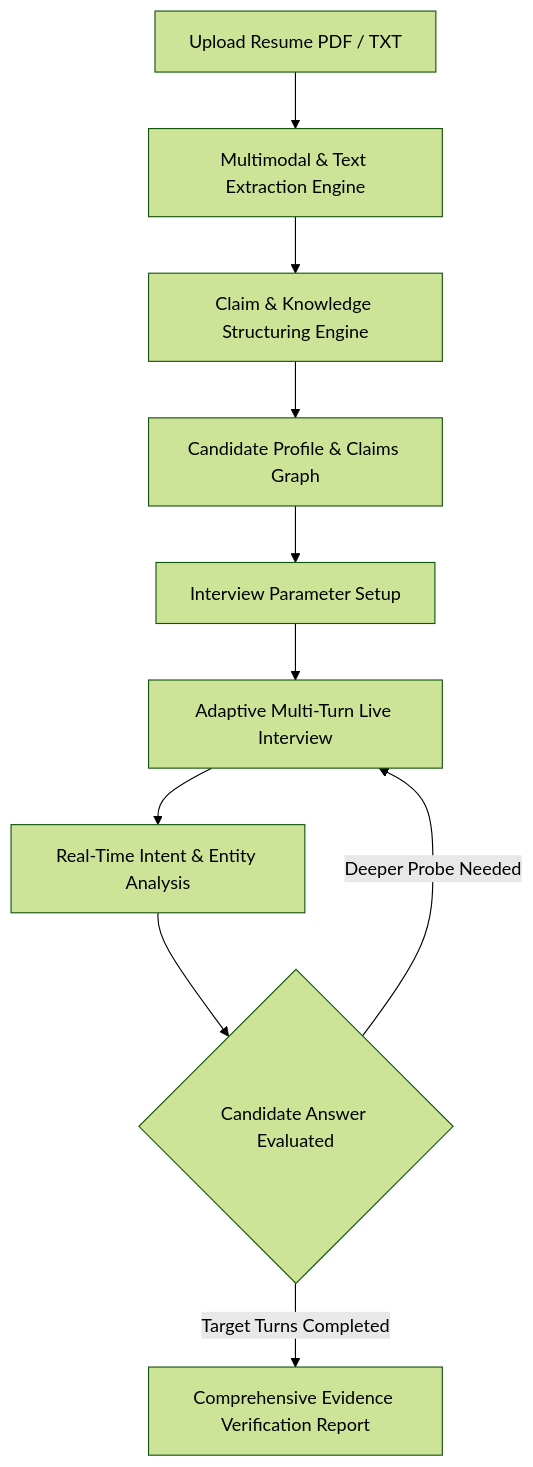
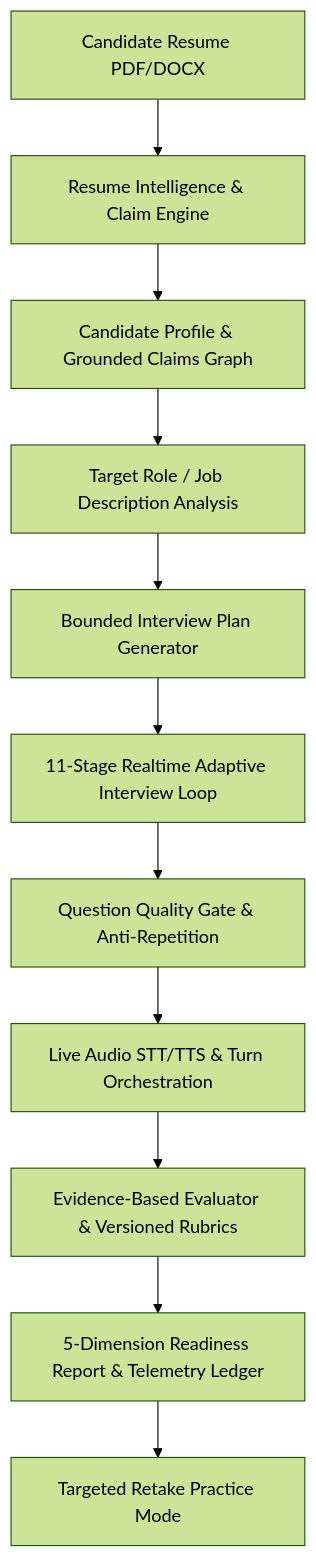
Before and after one commit to jijindas07-ux/fluffy-spoon: the first of 2 diagrams in PROJECT_DOCUMENTATION.md, drawn with Mermaid (forest theme). The commit also changed other lines of this file and 28 other files, not shown here.

Commit message:
feat: align with Alphagrew SRS (AG-AII-SRS-001) - 11-stage state machine, JD parser, OpenAPI v1, AI telemetry & quality gates

````diff
--- a/PROJECT_DOCUMENTATION.md
+++ b/PROJECT_DOCUMENTATION.md
@@ -14,12 +18,13 @@
 ```mermaid
 graph TD
-    A[Upload Resume PDF / TXT] --> B[Multimodal & Text Extraction Engine]
-    B --> C[Claim & Knowledge Structuring Engine]
-    C --> D[Candidate Profile & Claims Graph]
-    D --> E[Interview Parameter Setup]
-    E --> F[Adaptive Multi-Turn Live Interview]
-    F --> G[Real-Time Intent & Entity Analysis]
-    G --> H{Candidate Answer Evaluated}
-    H -->|Deeper Probe Needed| F
-    H -->|Target Turns Completed| I[Comprehensive Evidence Verification Report]
+    A[Candidate Resume PDF/DOCX] --> B[Resume Intelligence & Claim Engine]
+    B --> C[Candidate Profile & Grounded Claims Graph]
+    C --> D[Target Role / Job Description Analysis]
+    D --> E[Bounded Interview Plan Generator]
+    E --> F[11-Stage Realtime Adaptive Interview Loop]
+    F --> G[Question Quality Gate & Anti-Repetition]
+    G --> H[Live Audio STT/TTS & Turn Orchestration]
+    H --> I[Evidence-Based Evaluator & Versioned Rubrics]
+    I --> J[5-Dimension Readiness Report & Telemetry Ledger]
+    J --> K[Targeted Retake Practice Mode]
 ```
````
